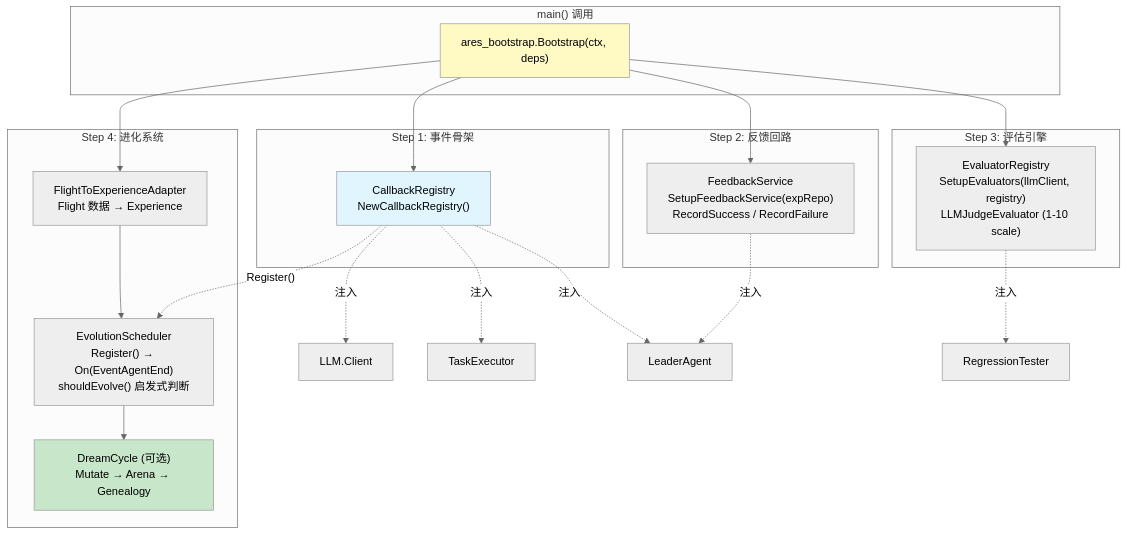
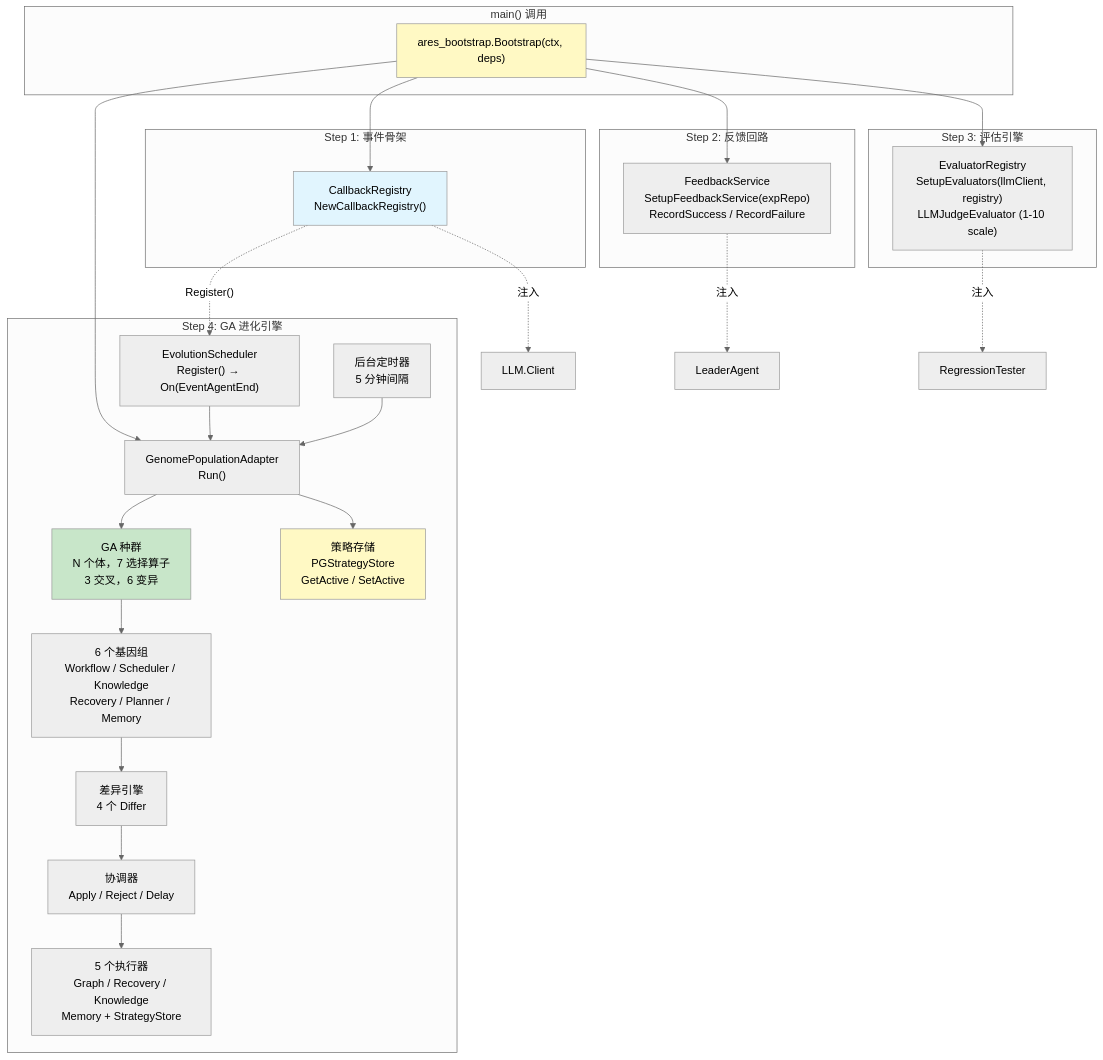
The third of 4 diagrams in docs/articles/zh/autonomous-evolution-deep-dive.md (Timwood0x10/ARES), drawn with Mermaid (neutral theme) before and after one commit. The commit also changed other lines of this file and 63 other files, not shown here.

````diff
--- a/docs/articles/zh/autonomous-evolution-deep-dive.md
+++ b/docs/articles/zh/autonomous-evolution-deep-dive.md
@@ -631,42 +631,54 @@
 ```mermaid
 graph TB
     subgraph "main() 调用"
         MAIN["ares_bootstrap.Bootstrap(ctx, deps)"]
     end
 
     subgraph "Step 1: 事件骨架"
         CR["CallbackRegistry<br/>NewCallbackRegistry()"]
     end
 
     subgraph "Step 2: 反馈回路"
         FS["FeedbackService<br/>SetupFeedbackService(expRepo)<br/>RecordSuccess / RecordFailure"]
     end
 
     subgraph "Step 3: 评估引擎"
         ER["EvaluatorRegistry<br/>SetupEvaluators(llmClient, registry)<br/>LLMJudgeEvaluator (1-10 scale)"]
     end
 
-    subgraph "Step 4: 进化系统"
-        ADAPTER["FlightToExperienceAdapter<br/>Flight 数据 → Experience"]
-        SCHEDULER["EvolutionScheduler<br/>Register() → On(EventAgentEnd)<br/>shouldEvolve() 启发式判断"]
-        DREAM["DreamCycle (可选)<br/>Mutate → Arena → Genealogy"]
-        ADAPTER --> SCHEDULER
-        SCHEDULER --> DREAM
+    subgraph "Step 4: GA 进化引擎"
+        TICKER["后台定时器<br/>5 分钟间隔"]
+        SCHED2["EvolutionScheduler<br/>Register() → On(EventAgentEnd)"]
+        GA["GA 种群<br/>N 个体，7 选择算子<br/>3 交叉，6 变异"]
+        ADAPTER["GenomePopulationAdapter<br/>Run()"]
+        GENOMES["6 个基因组<br/>Workflow / Scheduler / Knowledge<br/>Recovery / Planner / Memory"]
+        DIFF["差异引擎<br/>4 个 Differ"]
+        COORD["协调器<br/>Apply / Reject / Delay"]
+        EXECS["5 个执行器<br/>Graph / Recovery / Knowledge<br/>Memory + StrategyStore"]
+        SS["策略存储<br/>PGStrategyStore<br/>GetActive / SetActive"]
     end
+
+    TICKER --> ADAPTER
+    SCHED2 --> ADAPTER
+    ADAPTER --> GA
+    GA --> GENOMES
+    GENOMES --> DIFF
+    DIFF --> COORD
+    COORD --> EXECS
+    ADAPTER --> SS
 
     MAIN --> CR
     MAIN --> FS
     MAIN --> ER
     MAIN --> ADAPTER
 
     CR -.-> |"注入"| AGENT1["LLM.Client"]
-    CR -.-> |"注入"| AGENT2["TaskExecutor"]
-    CR -.-> |"注入"| AGENT3["LeaderAgent"]
-    CR -.-> |"Register()"| SCHEDULER
-    FS -.-> |"注入"| AGENT3
+    CR -.-> |"Register()"| SCHED2
+    FS -.-> |"注入"| AGENT3["LeaderAgent"]
     ER -.-> |"注入"| ARENA["RegressionTester"]
 
     style MAIN fill:#fff9c4
     style CR fill:#e1f5fe
-    style DREAM fill:#c8e6c9
+    style GA fill:#c8e6c9
+    style SS fill:#fff9c4
 ```
````
